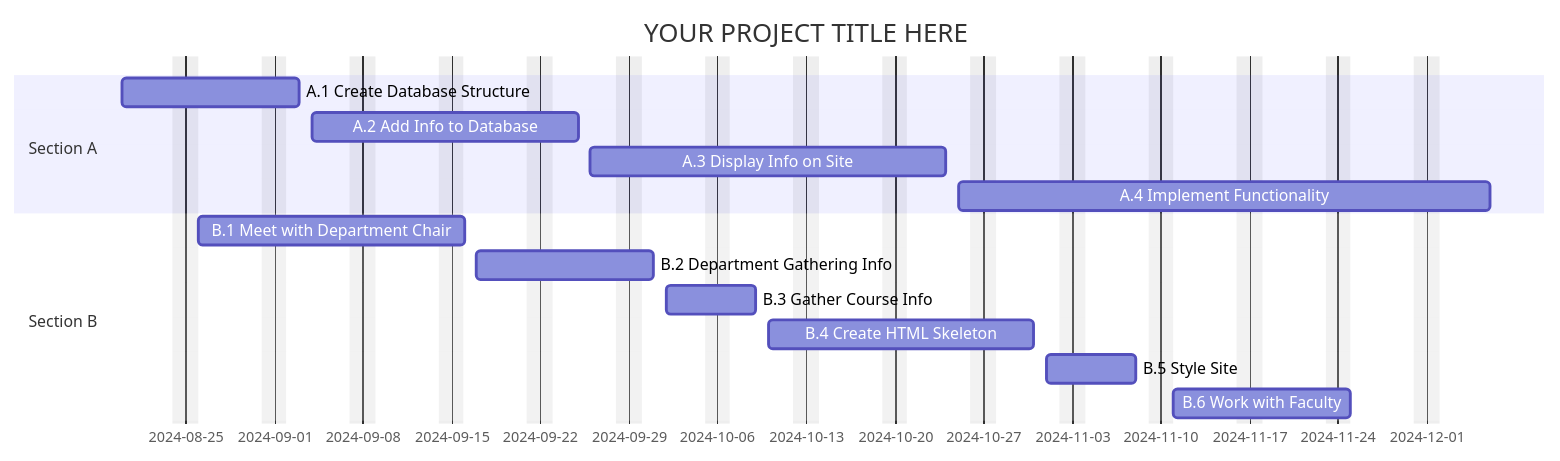
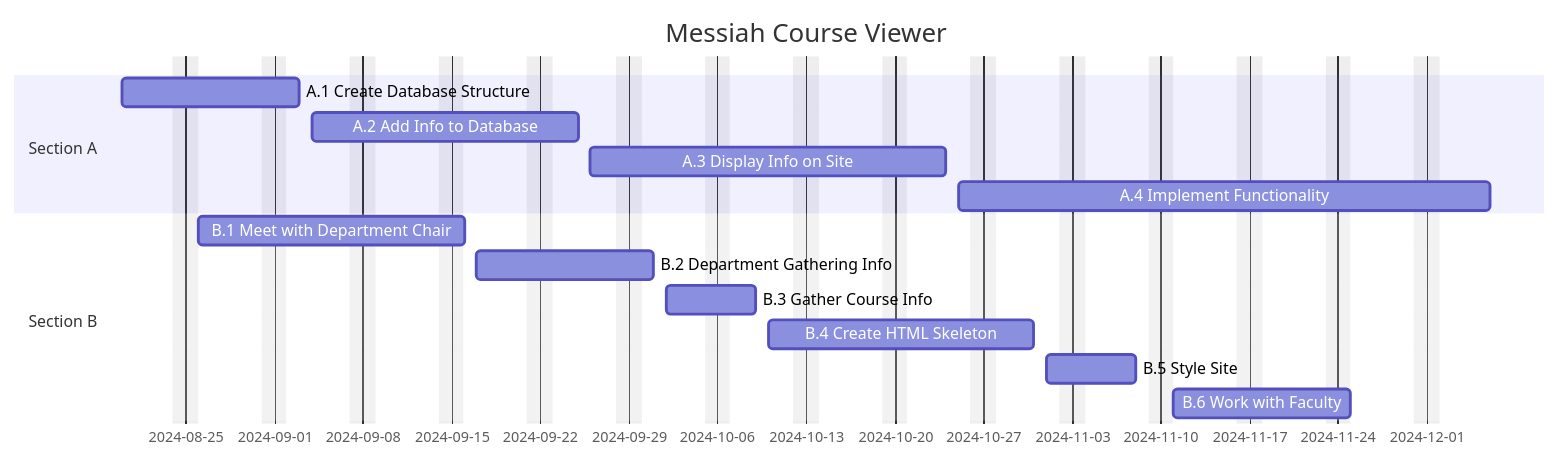
One commit to NoahBarrall/411Project changed the first of 3 diagrams in System_Proposal_411.md. Above: the diagram before and after it, drawn with Mermaid. The commit also changed other lines of this file and 1 other file, not shown here.

Commit message:
Changed charts, added name to doc

````diff
--- a/System_Proposal_411.md
+++ b/System_Proposal_411.md
@@ -15,23 +15,23 @@
 ```mermaid 
 gantt
     dateFormat  YYYY-MM-DD
-    title       YOUR PROJECT TITLE HERE
+    title       Messiah Course Viewer
     excludes    weekends
     %% (`excludes` accepts specific dates in YYYY-MM-DD format, days of the week ("sunday") or "weekends", but not the word "weekdays".)
 
     section Section A
     A.1 Create Database Structure       :         des1, 2024-08-20,2024-09-03
     A.2 Add Info to Database            :         des2, 2024-09-04,2024-09-25
     A.3 Display Info on Site            :         des3, 2024-09-26, 2024-10-24
     A.4 Implement Functionality         :         des4, 2024-10-25, 2024-12-06
 
     section Section B
     B.1 Meet with Department Chair      :         des5, 2024-08-26, 2024-09-16
     B.2 Department Gathering Info       :         des6, 2024-09-17, 2024-10-01
     B.3 Gather Course Info              :         des7, 2024-10-02, 2024-10-09
     B.4 Create HTML Skeleton            :         des8, 2024-10-10, 2024-10-31
     B.5 Style Site                      :         des9, 2024-11-01, 2024-11-08
     B.6 Work with Faculty               :         des10, 2024-11-11, 2024-11-25
     
 
 ```
````
